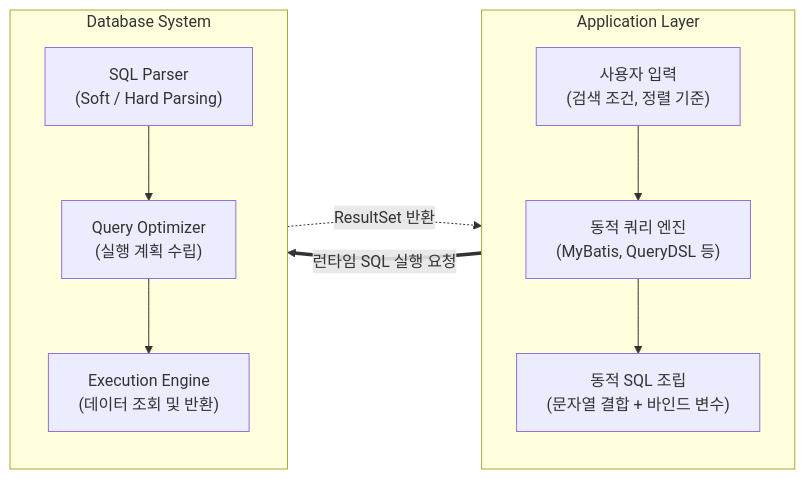
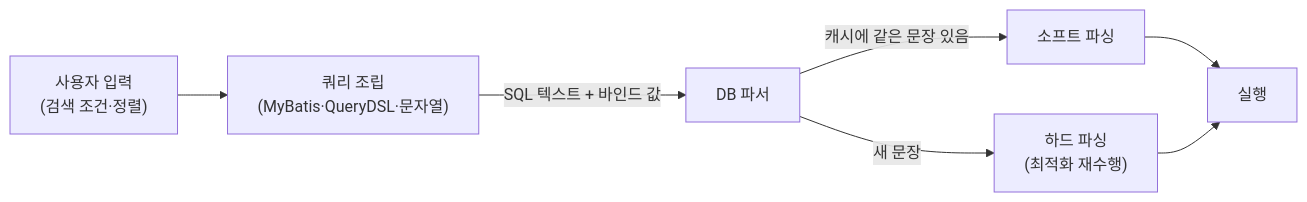
One commit to supremethumb/supremethumb.github.io changed the diagram in content/01_IT Tech/Dynamic SQL (동적 SQL).md. Above: the diagram before and after it, drawn with Mermaid. The commit also changed other lines of this file and 1087 other files, not shown here.

````diff
--- a/content/01_IT Tech/Dynamic SQL (동적 SQL).md
+++ b/content/01_IT Tech/Dynamic SQL (동적 SQL).md
@@ -29,25 +35,8 @@
 ```mermaid
 flowchart LR
-    subgraph AppLayer["Application Layer"]
-        direction TB
-        Input["사용자 입력<br/>(검색 조건, 정렬 기준)"]
-        Mapper["동적 쿼리 엔진<br/>(MyBatis, QueryDSL 등)"]
-        QueryString["동적 SQL 조립<br/>(문자열 결합 + 바인드 변수)"]
-        
-        Input --> Mapper
-        Mapper --> QueryString
-    end
-
-    subgraph DBLayer["Database System"]
-        direction TB
-        Parser["SQL Parser<br/>(Soft / Hard Parsing)"]
-        Optimizer["Query Optimizer<br/>(실행 계획 수립)"]
-        Executor["Execution Engine<br/>(데이터 조회 및 반환)"]
-        
-        Parser --> Optimizer --> Executor
-    end
-
-    QueryString == "런타임 SQL 실행 요청" ==> Parser
-    Executor -. "ResultSet 반환" .-> Mapper
-
+    I["사용자 입력<br/>(검색 조건·정렬)"] --> B["쿼리 조립<br/>(MyBatis·QueryDSL·문자열)"]
+    B -->|"SQL 텍스트 + 바인드 값"| P["DB 파서"]
+    P -->|"캐시에 같은 문장 있음"| SP["소프트 파싱"]
+    P -->|"새 문장"| HP["하드 파싱<br/>(최적화 재수행)"]
+    SP & HP --> E["실행"]
 ```
````
